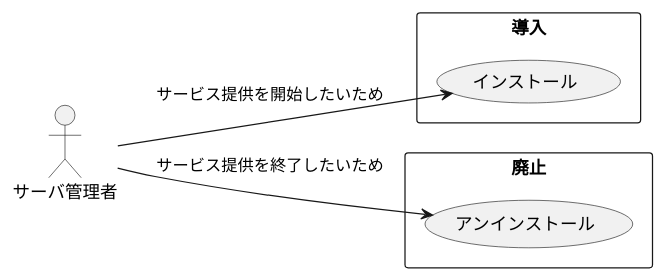
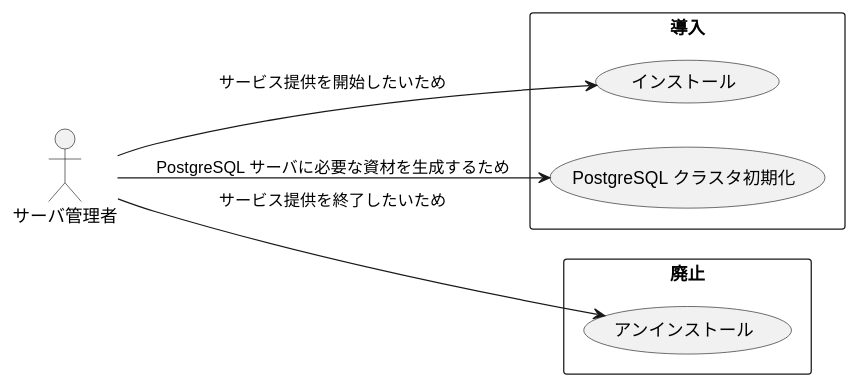
Before and after one commit to peregrin8alde/learn-ossdb-gold: the diagram in site/content/ja/docs/Appendix/uml/usecase/install/usecases.puml, drawn with PlantUML.

```diff
--- a/site/content/ja/docs/Appendix/uml/usecase/install/usecases.puml
+++ b/site/content/ja/docs/Appendix/uml/usecase/install/usecases.puml
@@ -1,27 +1,29 @@
 @startuml
 left to right direction
 
 /'
 actor "誰が" as who
 
 rectangle "いつ" {
   usecase "何をしたい" as UC1
 }
 who --> (UC1) : 何故
 '/
 
 actor "サーバ管理者" as admin
 
 rectangle "導入" {
-  usecase "インストール" as UC1
+  usecase "インストール" as UC_inst1
+  usecase "PostgreSQL クラスタ初期化" as UC_inst2
 }
-admin --> (UC1) : サービス提供を開始したいため
+admin --> (UC_inst1) : サービス提供を開始したいため
+admin --> (UC_inst2) : PostgreSQL サーバに必要な資材を生成するため
 
 rectangle "廃止" {
   usecase "アンインストール" as UC2
 }
 admin --> (UC2) : サービス提供を終了したいため
 
 
 
 @enduml
```
